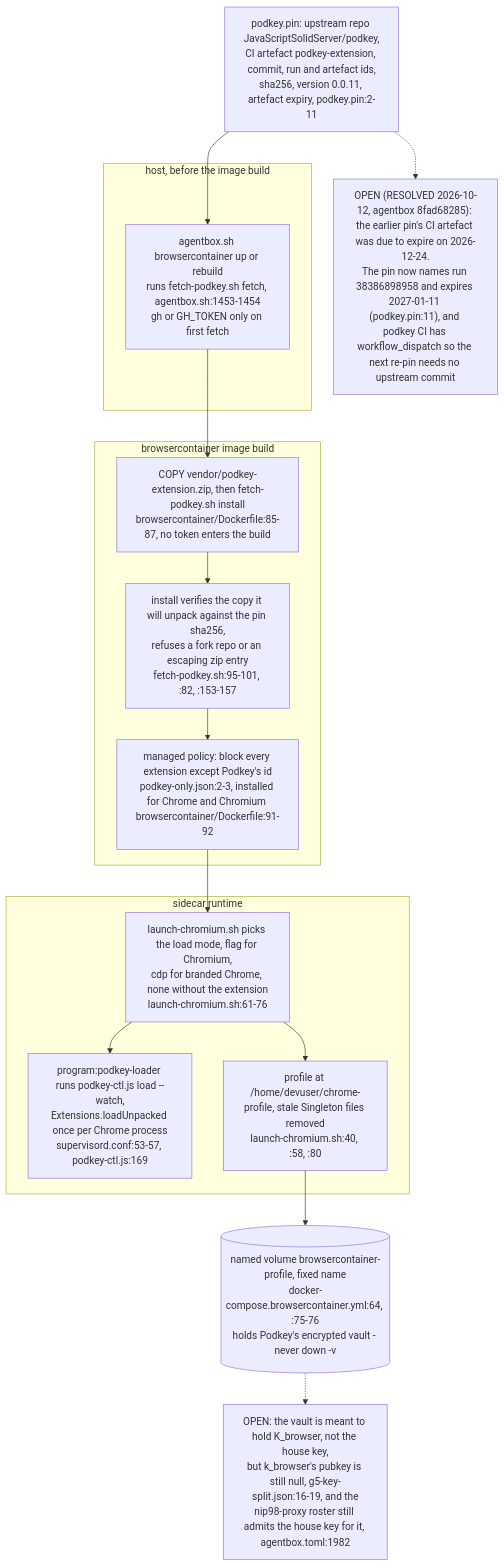
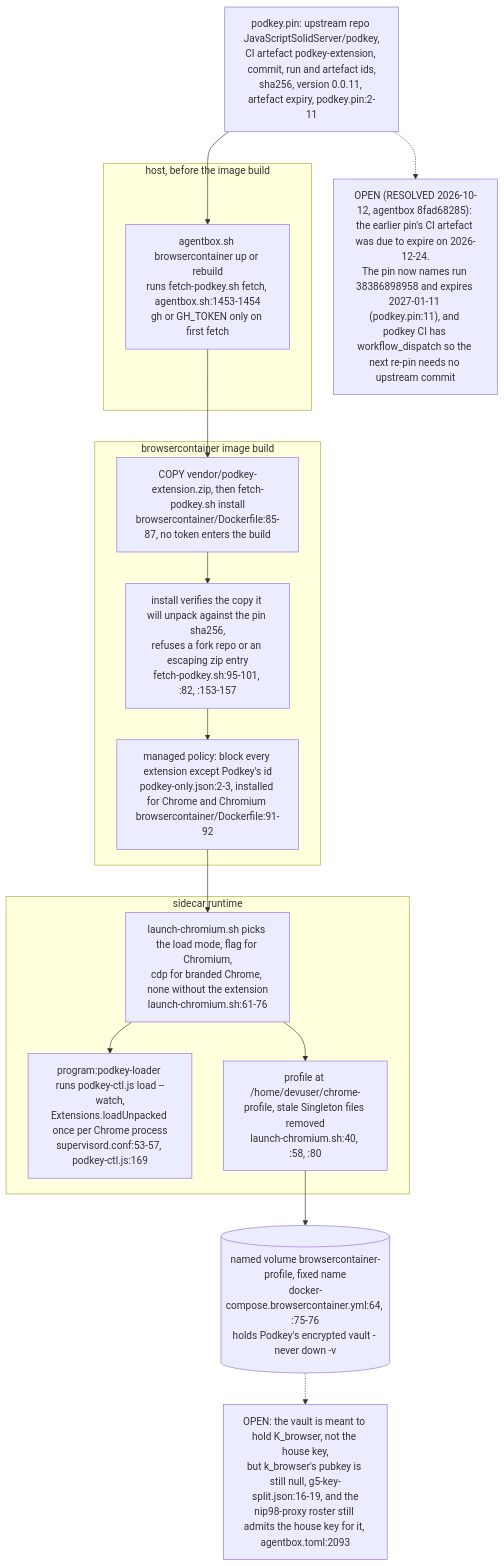
One commit to DreamLab-AI/VisionFlow changed diagram 12 of 14 in docs/diagrams/agentbox/06-sidecars-and-compose-overlays.md. Above: the diagram before and after it, drawn with Mermaid. The commit also changed other lines of this file and 145 other files, not shown here.

````diff
--- a/docs/diagrams/agentbox/06-sidecars-and-compose-overlays.md
+++ b/docs/diagrams/agentbox/06-sidecars-and-compose-overlays.md
@@ -352,22 +343,22 @@
 ```mermaid
 flowchart TB
     PIN["podkey.pin: upstream repo JavaScriptSolidServer/podkey,<br/>CI artefact podkey-extension, commit, run and artefact ids,<br/>sha256, version 0.0.11, artefact expiry, podkey.pin:2-11"]
     subgraph HOST["host, before the image build"]
         F1["agentbox.sh browsercontainer up or rebuild<br/>runs fetch-podkey.sh fetch, agentbox.sh:1453-1454<br/>gh or GH_TOKEN only on first fetch"]
     end
     subgraph IMG["browsercontainer image build"]
         D1["COPY vendor/podkey-extension.zip, then fetch-podkey.sh install<br/>browsercontainer/Dockerfile:85-87, no token enters the build"]
         D2["install verifies the copy it will unpack against the pin sha256,<br/>refuses a fork repo or an escaping zip entry<br/>fetch-podkey.sh:95-101, :82, :153-157"]
         D3["managed policy: block every extension except Podkey's id<br/>podkey-only.json:2-3, installed for Chrome and Chromium browsercontainer/Dockerfile:91-92"]
     end
     subgraph RUN["sidecar runtime"]
         L1["launch-chromium.sh picks the load mode, flag for Chromium,<br/>cdp for branded Chrome, none without the extension<br/>launch-chromium.sh:61-76"]
         L2["program:podkey-loader runs podkey-ctl.js load --watch,<br/>Extensions.loadUnpacked once per Chrome process<br/>supervisord.conf:53-57, podkey-ctl.js:169"]
         L3["profile at /home/devuser/chrome-profile, stale Singleton files removed<br/>launch-chromium.sh:40, :58, :80"]
     end
     VOL[("named volume browsercontainer-profile, fixed name<br/>docker-compose.browsercontainer.yml:64, :75-76<br/>holds Podkey's encrypted vault - never down -v")]
     PIN --> F1 --> D1 --> D2 --> D3 --> L1 --> L2
     L1 --> L3 --> VOL
-    VOL -.-> OPEN1["OPEN: the vault is meant to hold K_browser, not the house key,<br/>but k_browser's pubkey is still null, g5-key-split.json:16-19, and the<br/>nip98-proxy roster still admits the house key for it, agentbox.toml:1982"]
+    VOL -.-> OPEN1["OPEN: the vault is meant to hold K_browser, not the house key,<br/>but k_browser's pubkey is still null, g5-key-split.json:16-19, and the<br/>nip98-proxy roster still admits the house key for it, agentbox.toml:2093"]
     PIN -.-> OPEN2["OPEN (RESOLVED 2026-10-12, agentbox 8fad68285): the earlier pin's CI artefact was due to expire on 2026-12-24.<br/>The pin now names run 38386898958 and expires 2027-01-11 (podkey.pin:11), and podkey CI has workflow_dispatch so the next re-pin needs no upstream commit"]
 ```
````
